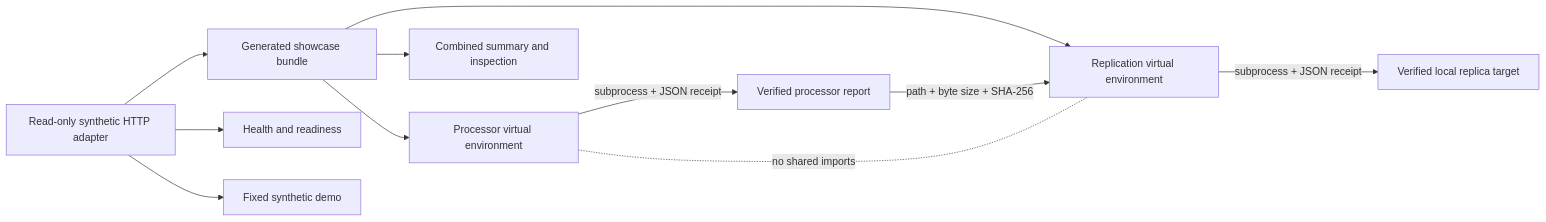
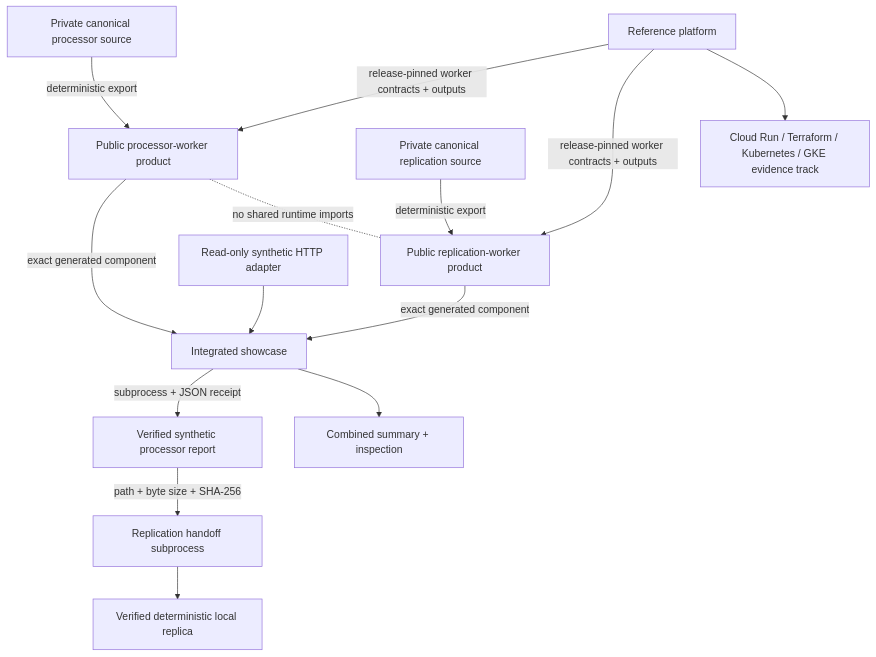
Before and after one commit to Seemorghdev/edge-evidence-showcase: the diagram in docs/ARCHITECTURE.md, drawn with Mermaid. The commit also changed other lines of this file, not shown here.

Commit message:
docs: regenerate portfolio architecture walkthrough

````diff
--- a/docs/ARCHITECTURE.md
+++ b/docs/ARCHITECTURE.md
@@ -3,13 +7,20 @@
 ```mermaid
-flowchart LR
-    G[Generated showcase bundle] --> PENV[Processor virtual environment]
-    G --> RENV[Replication virtual environment]
-    PENV -->|subprocess + JSON receipt| PO[Verified processor report]
-    PO -->|path + byte size + SHA-256| RENV
-    RENV -->|subprocess + JSON receipt| RT[Verified local replica target]
-    G --> C[Combined summary and inspection]
-    HTTP[Read-only synthetic HTTP adapter] --> G
-    HTTP --> H[Health and readiness]
-    HTTP --> D[Fixed synthetic demo]
-    PENV -. no shared imports .- RENV
+flowchart TB
+    PS[Private canonical processor source] -->|deterministic export| PP[Public processor-worker product]
+    RS[Private canonical replication source] -->|deterministic export| RP[Public replication-worker product]
+
+    PP -->|exact generated component| S[Integrated showcase]
+    RP -->|exact generated component| S
+
+    S -->|subprocess + JSON receipt| PO[Verified synthetic processor report]
+    PO -->|path + byte size + SHA-256| RH[Replication handoff subprocess]
+    RH --> RT[Verified deterministic local replica]
+    S --> CS[Combined summary + inspection]
+
+    REF[Reference platform] -->|release-pinned worker contracts + outputs| PP
+    REF -->|release-pinned worker contracts + outputs| RP
+    REF --> CLOUD[Cloud Run / Terraform / Kubernetes / GKE evidence track]
+
+    HTTP[Read-only synthetic HTTP adapter] --> S
+    PP -. no shared runtime imports .- RP
 ```
````
